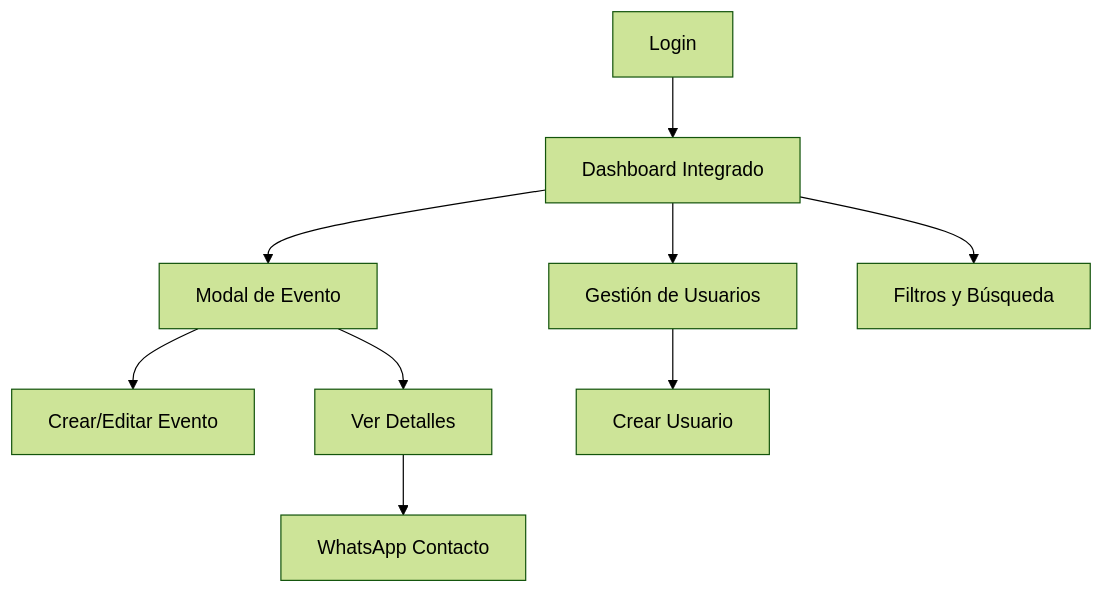
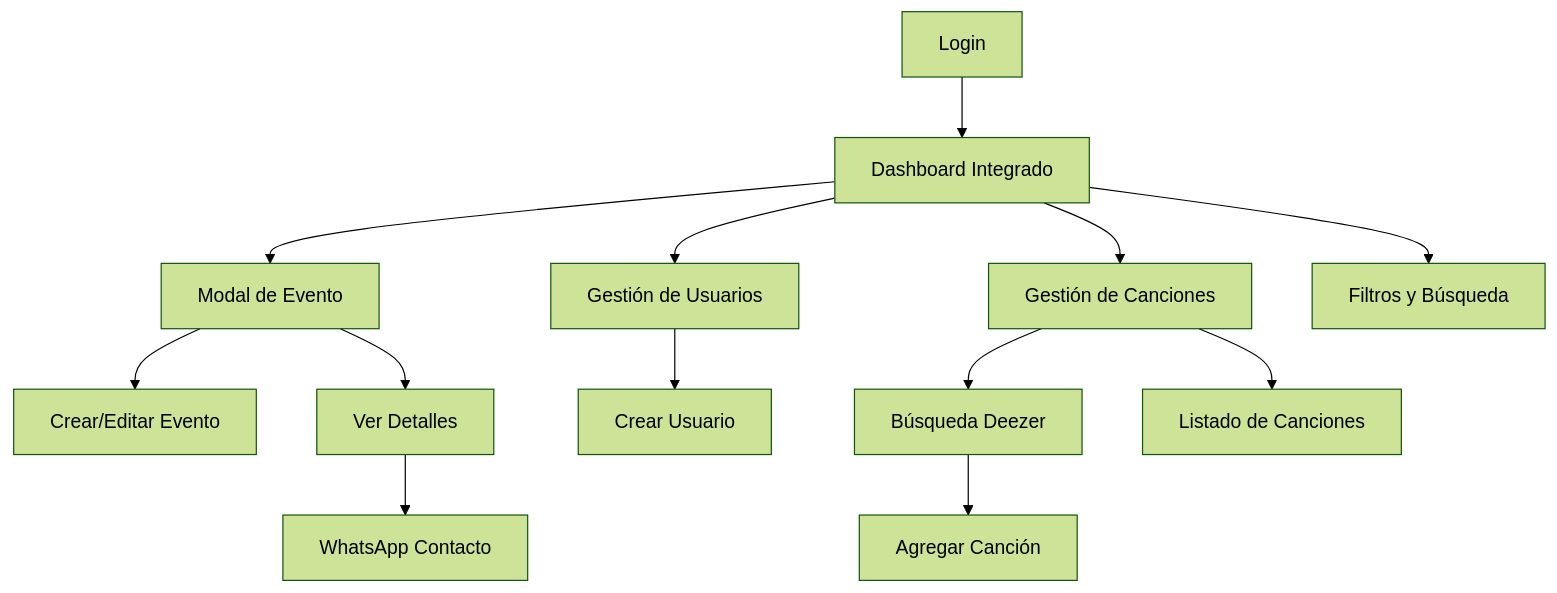
The diagram in .trae/documents/tribeca-product-requirements.md (tribecaband/tribecabandmanagement), drawn with Mermaid (forest theme) before and after one commit. The commit also changed other lines of this file and 17 other files, not shown here.

````diff
--- a/.trae/documents/tribeca-product-requirements.md
+++ b/.trae/documents/tribeca-product-requirements.md
@@ -53,11 +61,15 @@
 ```mermaid
 graph TD
     A[Login] --> B[Dashboard Integrado]
     B --> C[Modal de Evento]
     C --> D[Crear/Editar Evento]
     C --> E[Ver Detalles]
     B --> F[Gestión de Usuarios]
     F --> G[Crear Usuario]
+    B --> J[Gestión de Canciones]
+    J --> K[Búsqueda Deezer]
+    J --> L[Listado de Canciones]
+    K --> M[Agregar Canción]
     E --> H[WhatsApp Contacto]
     B --> I[Filtros y Búsqueda]
 ```
````
